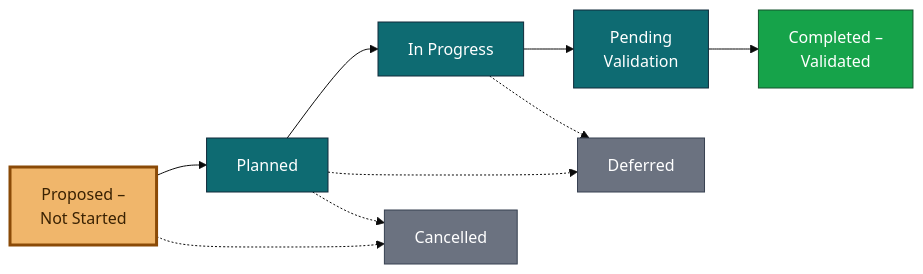
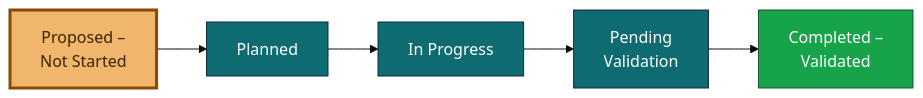
One commit to cyberchi3f/Portfolio changed the first of 2 diagrams in grc-risk-compliance-portfolio/01-Risk-Management/Cybersecurity-Risk-Assessment/7. Enterprise Cybersecurity Risk Treatment Plan.md. Above: the diagram before and after it, drawn with Mermaid (base theme). The commit also changed other lines of this file, not shown here.

````diff
--- a/grc-risk-compliance-portfolio/01-Risk-Management/Cybersecurity-Risk-Assessment/7. Enterprise Cybersecurity Risk Treatment Plan.md
+++ b/grc-risk-compliance-portfolio/01-Risk-Management/Cybersecurity-Risk-Assessment/7. Enterprise Cybersecurity Risk Treatment Plan.md
@@ -318,20 +317,14 @@
 ```mermaid
 flowchart LR
-    A[Proposed –<br/>Not Started] --> B[Planned]
-    B --> C[In Progress]
-    C --> D[Pending<br/>Validation]
-    D --> E[Completed –<br/>Validated]
-    B -.-> F[Deferred]
-    C -.-> F
-    A -.-> G[Cancelled]
-    B -.-> G
+    A["Proposed –<br/>Not Started"] --> B["Planned"]
+    B --> C["In Progress"]
+    C --> D["Pending<br/>Validation"]
+    D --> E["Completed –<br/>Validated"]
 
     classDef now fill:#F0B66B,stroke:#8A4A07,color:#3A2203,stroke-width:3px
     classDef step fill:#0E6B72,stroke:#102A3A,color:#ffffff
     classDef done fill:#16A34A,stroke:#14532D,color:#ffffff
-    classDef off fill:#6B7280,stroke:#374151,color:#ffffff
     class A now
     class B,C,D step
     class E done
-    class F,G off
 ```
````
